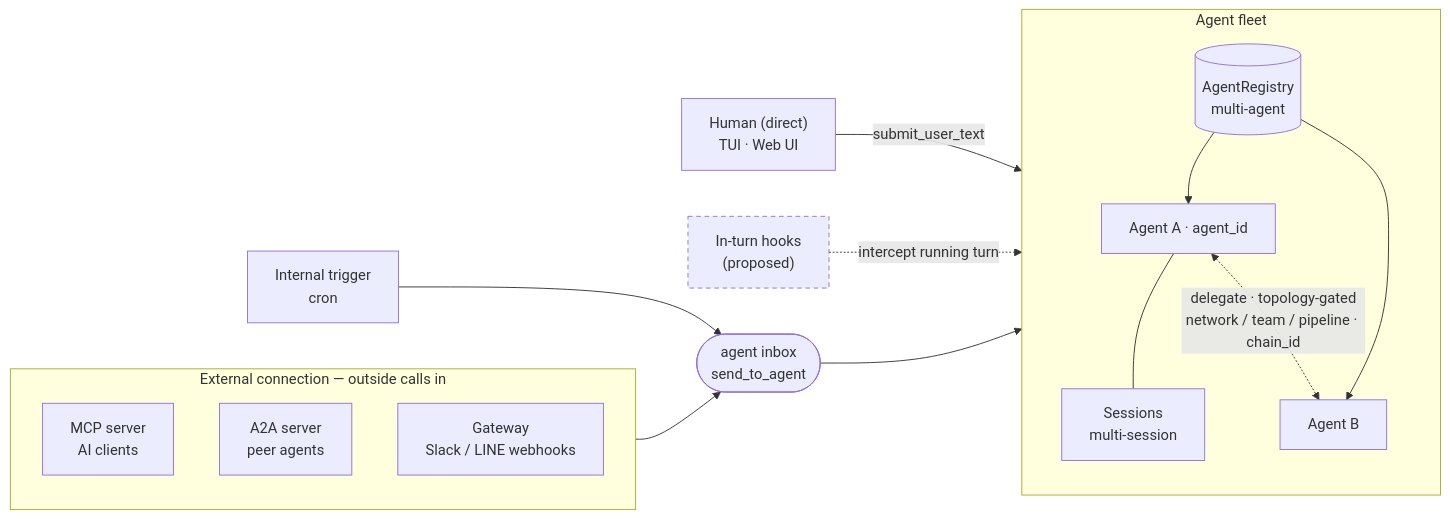
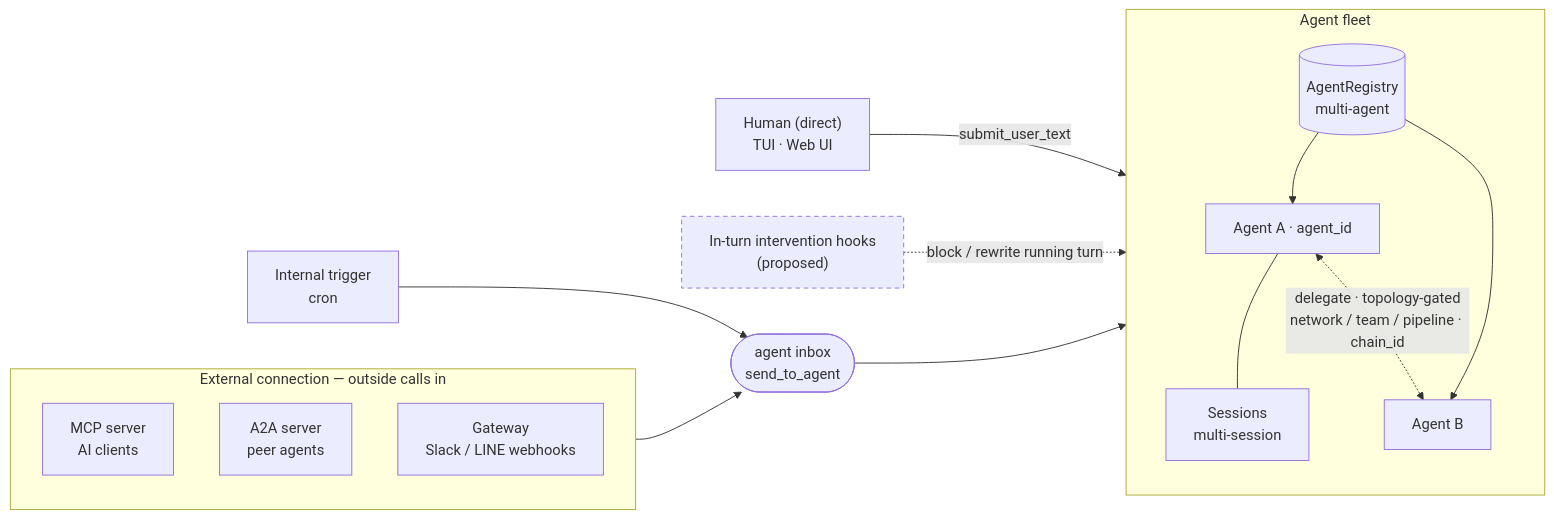
Before and after one commit to tya5/reyn: the second of 2 diagrams in README.md, drawn with Mermaid.

Commit message:
docs(readme): sharpen hook label — "in-turn intervention hooks", block/rewrite
Post-review accuracy refinement (owner clarified the hooks meant are
Claude-Code-style lifecycle hooks). The proposed layer is the *intervention*
kind that can block/rewrite a turn (tracked as the agent-lifecycle-hooks
proposal), distinct from the already-implemented read-only event-subscriber
stream (events.py). Relabel the node accordingly so the two aren't conflated.
Verified by grep: no PreToolUse/PostToolUse/shell-hook/hooks.yaml impl exists.

````diff
--- a/README.md
+++ b/README.md
@@ -126,29 +126,29 @@
 ```mermaid
 flowchart LR
     HUMAN["Human (direct)<br/>TUI · Web UI"]
     subgraph EXT["External connection — outside calls in"]
       direction TB
       MCP["MCP server<br/>AI clients"]
       A2A["A2A server<br/>peer agents"]
       GW["Gateway<br/>Slack / LINE webhooks"]
     end
     INT["Internal trigger<br/>cron"]
     INBOX(["agent inbox<br/>send_to_agent"])
     EXT --> INBOX
     INT --> INBOX
     subgraph FLEET["Agent fleet"]
       direction TB
       REG[("AgentRegistry<br/>multi-agent")]
       Ax["Agent A · agent_id"]
       Ay["Agent B"]
       Ax --- SAx["Sessions<br/>multi-session"]
       REG --> Ax
       REG --> Ay
     end
     HUMAN -- submit_user_text --> Ax
     INBOX --> FLEET
-    HOOK["In-turn hooks<br/>(proposed)"] -. intercept running turn .-> Ax
+    HOOK["In-turn intervention hooks<br/>(proposed)"] -. block / rewrite running turn .-> Ax
     Ax <-. "delegate · topology-gated<br/>network / team / pipeline · chain_id" .-> Ay
     classDef pr stroke-dasharray:5 4;
     class HOOK pr;
 ```
````
